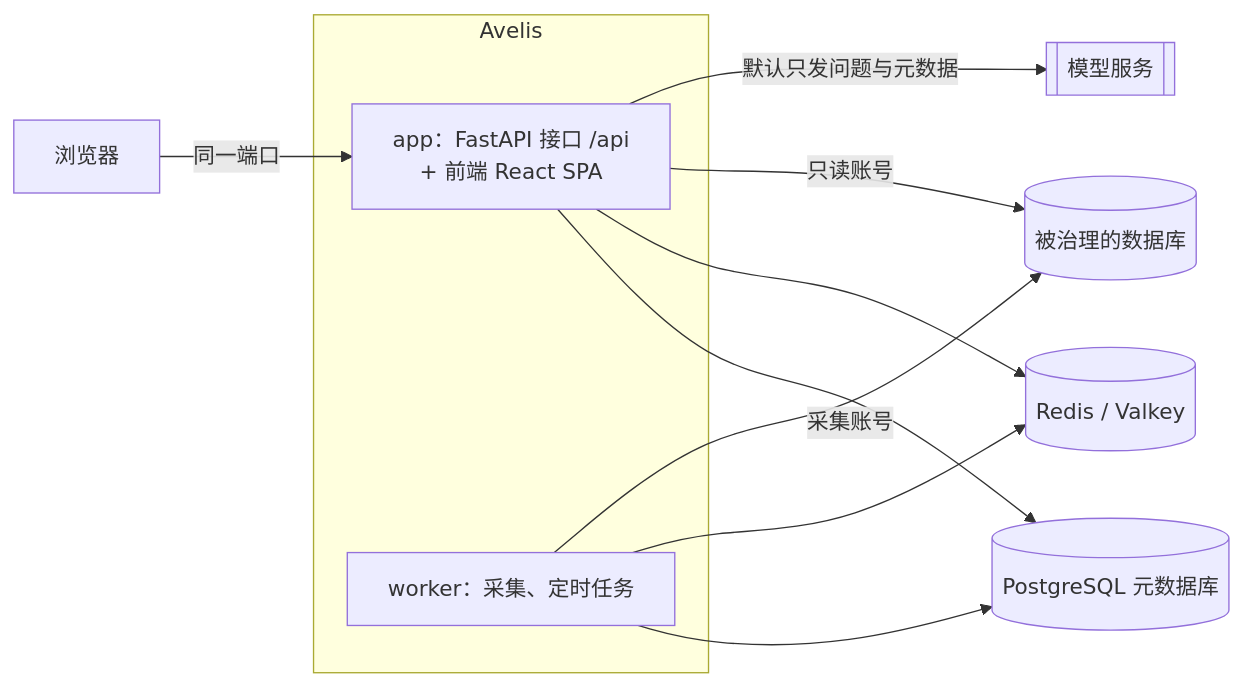
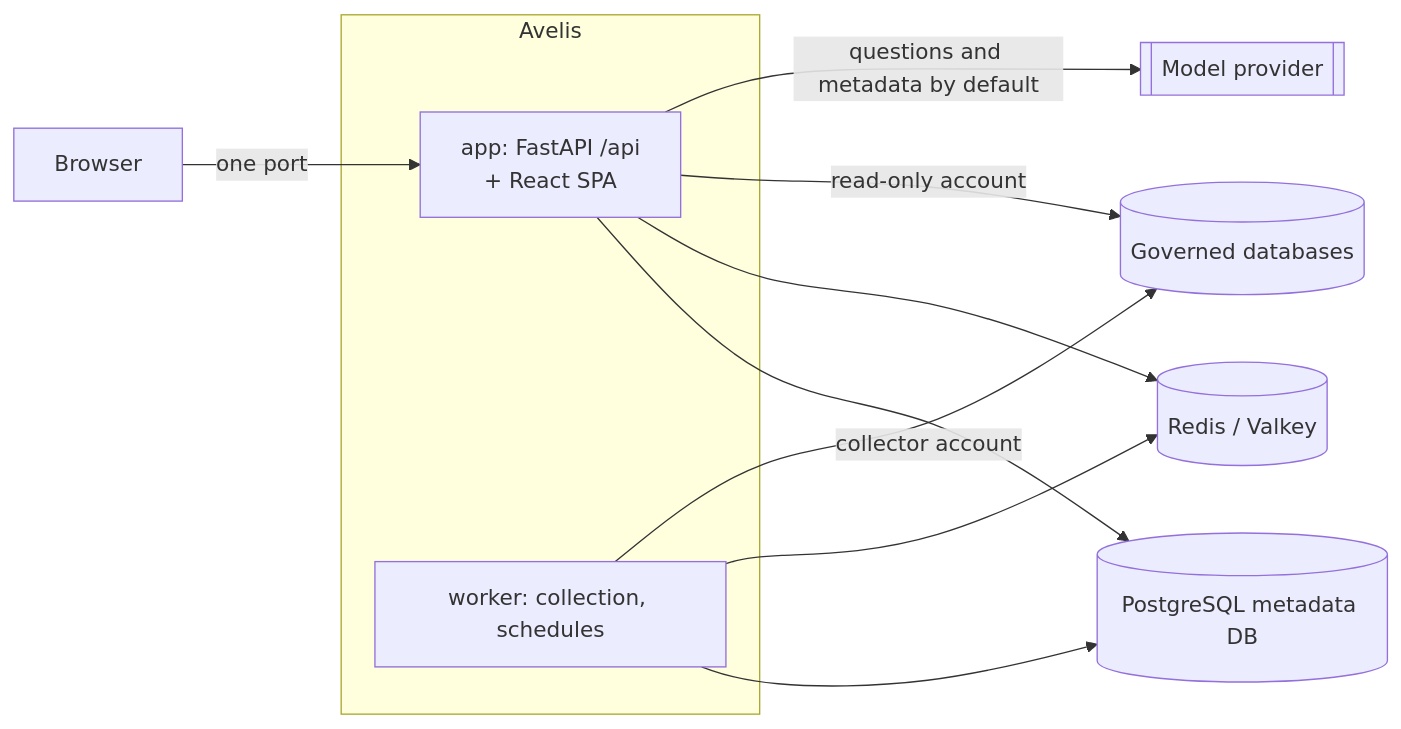
The diagram in README.md (shenhui027-arch/avelis), drawn with Mermaid before and after one commit. The commit also changed other lines of this file and 1 other file, not shown here.

````diff
--- a/README.md
+++ b/README.md
@@ -31,15 +83,15 @@
 ```mermaid
 flowchart LR
-  UI[浏览器] -->|同一端口| APP
+  UI[Browser] -->|one port| APP
   subgraph Avelis
-    APP[app：FastAPI 接口 /api<br/>+ 前端 React SPA]
-    W[worker：采集、定时任务]
+    APP[app: FastAPI /api<br/>+ React SPA]
+    W[worker: collection, schedules]
   end
-  APP --> PG[(PostgreSQL 元数据库)]
+  APP --> PG[(PostgreSQL metadata DB)]
   W --> PG
   APP --> RD[(Redis / Valkey)]
   W --> RD
-  APP -->|只读账号| DB[(被治理的数据库)]
-  W -->|采集账号| DB
-  APP -->|默认只发问题与元数据| LLM[[模型服务]]
+  APP -->|read-only account| DB[(Governed databases)]
+  W -->|collector account| DB
+  APP -->|questions and metadata by default| LLM[[Model provider]]
 ```
````
